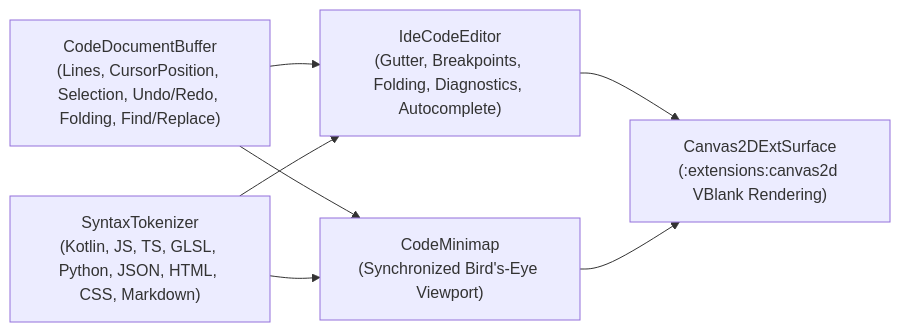
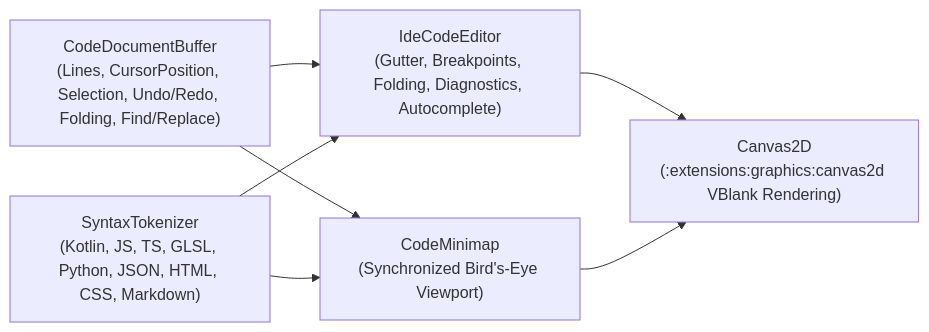
Before and after one commit to GenericUI/Extensions: the diagram in docs/codeeditor.md, drawn with Mermaid. The commit also changed other lines of this file and 309 other files, not shown here.

Commit message:
Add schema, serviceworker, and pip extensions, upgrade overlay and media codecs/settings/volume controls, and update docs

````diff
--- a/docs/codeeditor.md
+++ b/docs/codeeditor.md
@@ -11,15 +11,15 @@
 ```mermaid
 flowchart LR
     Doc["CodeDocumentBuffer<br/>(Lines, CursorPosition, Selection, Undo/Redo, Folding, Find/Replace)"]
     Tokenizer["SyntaxTokenizer<br/>(Kotlin, JS, TS, GLSL, Python, JSON, HTML, CSS, Markdown)"]
     Editor["IdeCodeEditor<br/>(Gutter, Breakpoints, Folding, Diagnostics, Autocomplete)"]
     Minimap["CodeMinimap<br/>(Synchronized Bird's-Eye Viewport)"]
-    Canvas2D["Canvas2DExtSurface<br/>(:extensions:canvas2d VBlank Rendering)"]
+    Canvas2D["Canvas2D<br/>(:extensions:graphics:canvas2d VBlank Rendering)"]
 
     Doc --> Editor
     Tokenizer --> Editor
     Doc --> Minimap
     Tokenizer --> Minimap
     Editor --> Canvas2D
     Minimap --> Canvas2D
 ```
````
